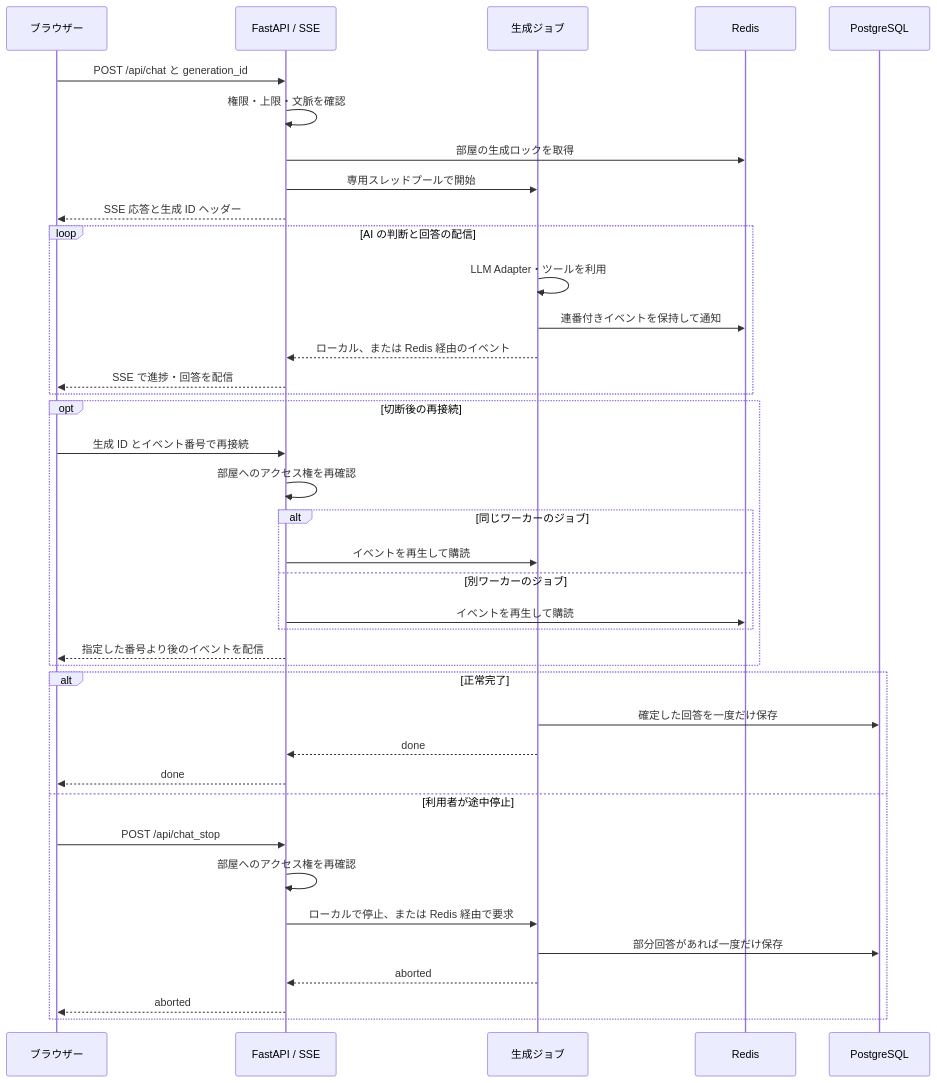
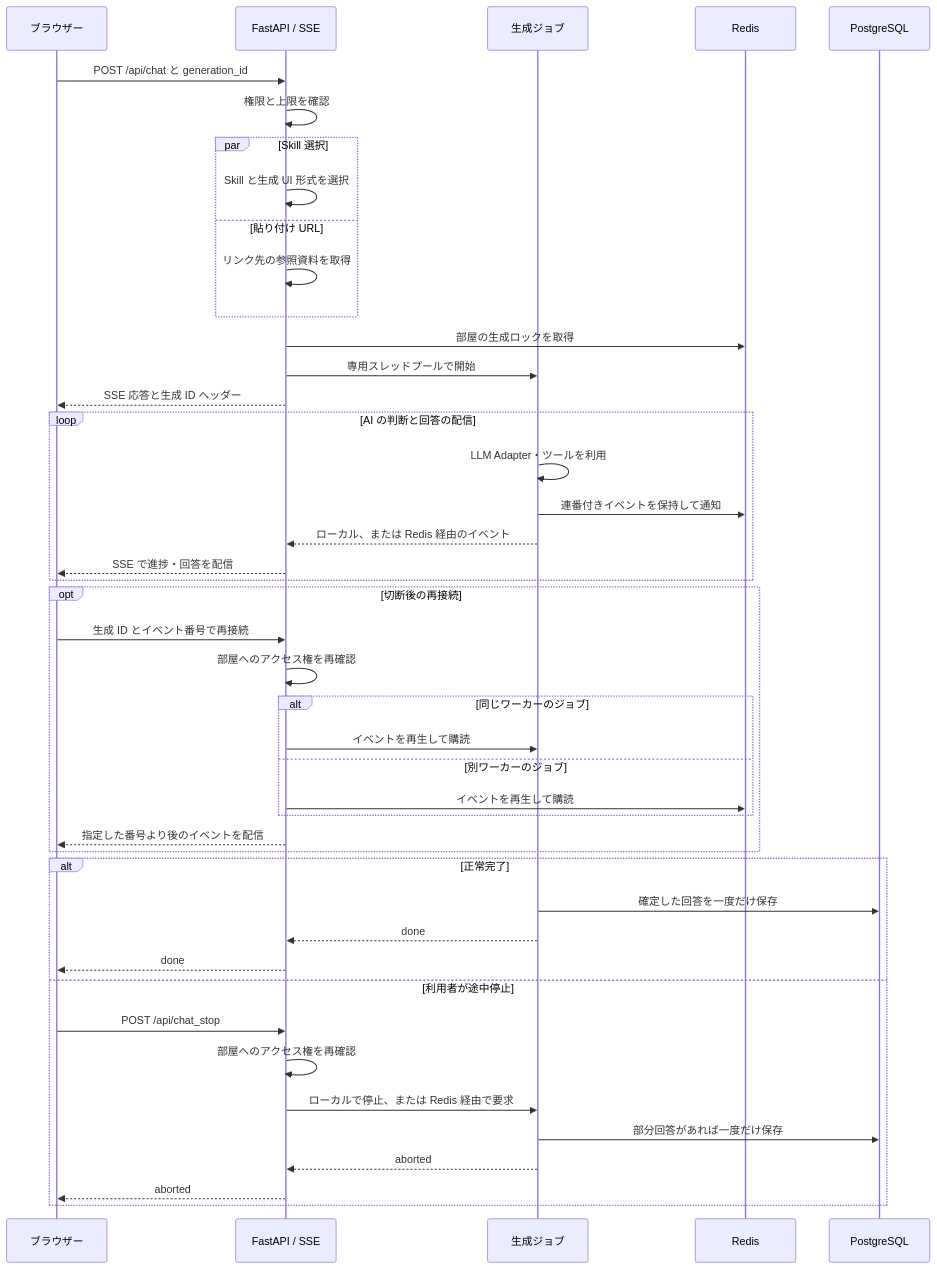
One commit to kota-kawa/ChatCore-AI changed the seventh of 8 diagrams in README.md. Above: the diagram before and after it, drawn with Mermaid. The commit also changed other lines of this file and 4 other files, not shown here.

Commit message:
貼り付けURLの取得とSkill判定を並行する / Overlap pasted URL fetching with Skill selection

````diff
--- a/README.md
+++ b/README.md
@@ -387,42 +392,47 @@
 ```mermaid
 sequenceDiagram
     participant Browser as ブラウザー
     participant API as FastAPI / SSE
     participant Job as 生成ジョブ
     participant Redis
     participant DB as PostgreSQL
 
     Browser->>API: POST /api/chat と generation_id
-    API->>API: 権限・上限・文脈を確認
+    API->>API: 権限と上限を確認
+    par Skill 選択
+        API->>API: Skill と生成 UI 形式を選択
+    and 貼り付け URL
+        API->>API: リンク先の参照資料を取得
+    end
     API->>Redis: 部屋の生成ロックを取得
     API->>Job: 専用スレッドプールで開始
     API-->>Browser: SSE 応答と生成 ID ヘッダー
     loop AI の判断と回答の配信
         Job->>Job: LLM Adapter・ツールを利用
         Job->>Redis: 連番付きイベントを保持して通知
         Job-->>API: ローカル、または Redis 経由のイベント
         API-->>Browser: SSE で進捗・回答を配信
     end
     opt 切断後の再接続
         Browser->>API: 生成 ID とイベント番号で再接続
         API->>API: 部屋へのアクセス権を再確認
         alt 同じワーカーのジョブ
             API->>Job: イベントを再生して購読
         else 別ワーカーのジョブ
             API->>Redis: イベントを再生して購読
         end
         API-->>Browser: 指定した番号より後のイベントを配信
     end
     alt 正常完了
         Job->>DB: 確定した回答を一度だけ保存
         Job-->>API: done
         API-->>Browser: done
     else 利用者が途中停止
         Browser->>API: POST /api/chat_stop
         API->>API: 部屋へのアクセス権を再確認
         API->>Job: ローカルで停止、または Redis 経由で要求
         Job->>DB: 部分回答があれば一度だけ保存
         Job-->>API: aborted
         API-->>Browser: aborted
     end
 ```
````
